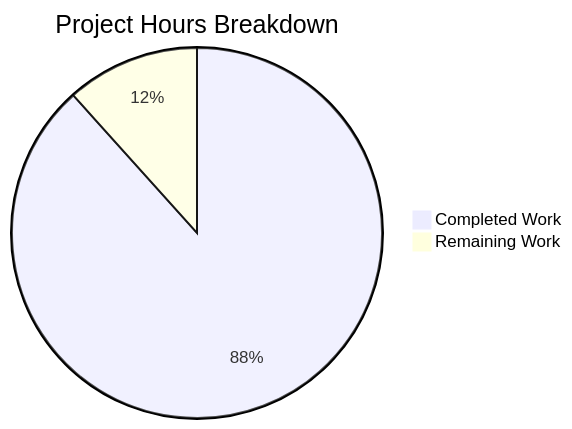
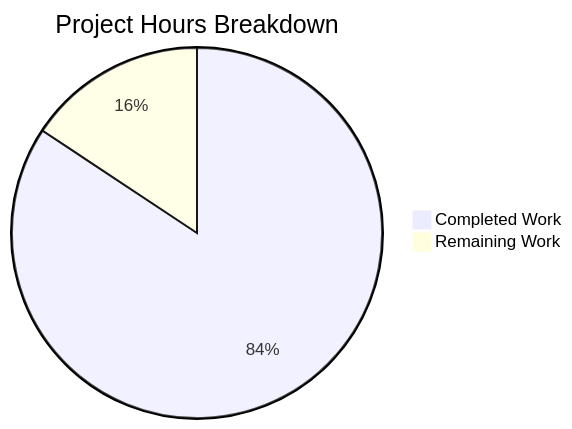
Before and after one commit to Blitzy-Sandbox/blitzy-cal: the second of 4 diagrams in blitzy/documentation/Project Guide.md, drawn with Mermaid. The commit also changed other lines of this file, not shown here.

Commit message:
Adding Blitzy Project Guide: Project Status and Human Tasks Remaining

````diff
--- a/blitzy/documentation/Project Guide.md
+++ b/blitzy/documentation/Project Guide.md
@@ -246,5 +210,5 @@
 ```mermaid
 pie title Project Hours Breakdown
-    "Completed Work" : 326
-    "Remaining Work" : 43
+    "Completed Work" : 258
+    "Remaining Work" : 48
 ```
````
